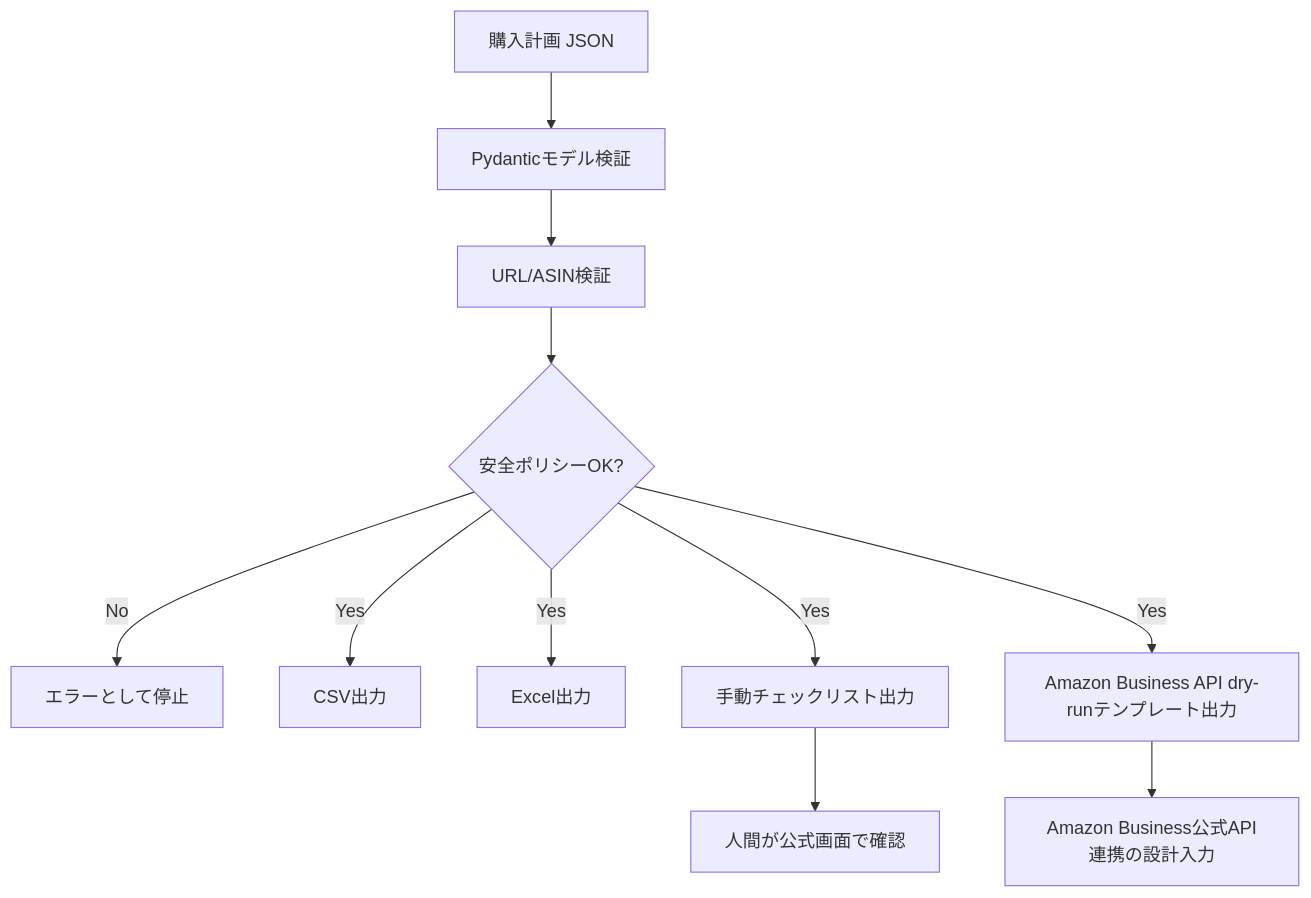
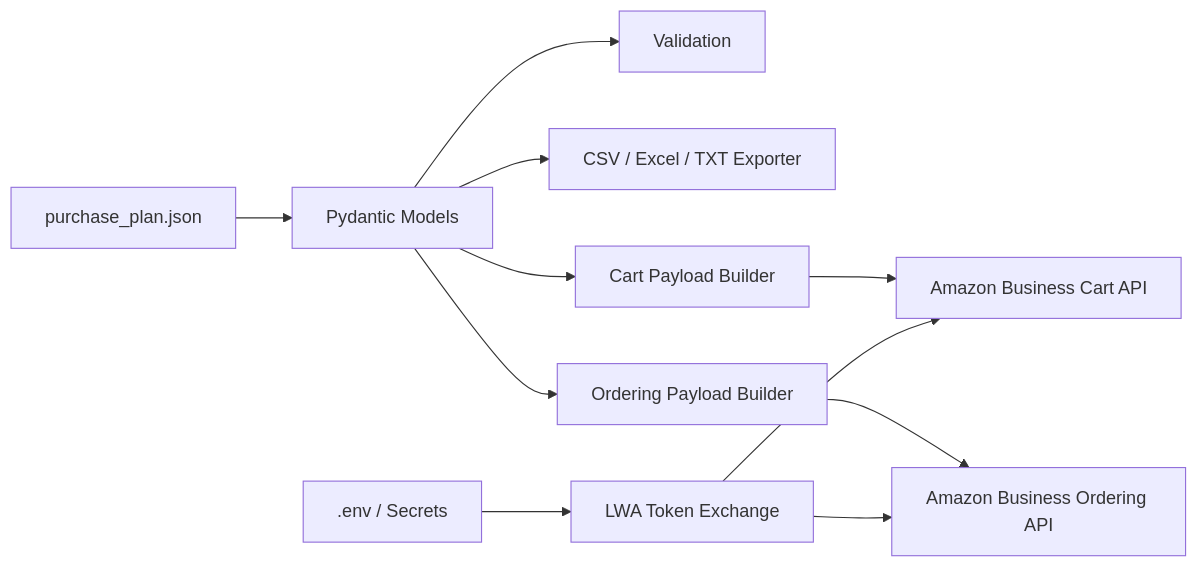
One commit to univcorp2-ctrl/amazon-purchase-prep-assistant changed the diagram in docs/architecture.md. Above: the diagram before and after it, drawn with Mermaid. The commit also changed other lines of this file, not shown here.

Commit message:
Add Amazon Business API integration and visual bilingual docs

````diff
--- a/docs/architecture.md
+++ b/docs/architecture.md
@@ -17,13 +15,13 @@
 ```mermaid
-flowchart TD
-    A[購入計画 JSON] --> B[Pydanticモデル検証]
-    B --> C[URL/ASIN検証]
-    C --> D{安全ポリシーOK?}
-    D -- No --> E[エラーとして停止]
-    D -- Yes --> F[CSV出力]
-    D -- Yes --> G[Excel出力]
-    D -- Yes --> H[手動チェックリスト出力]
-    D -- Yes --> I[Amazon Business API dry-runテンプレート出力]
-    H --> J[人間が公式画面で確認]
-    I --> K[Amazon Business公式API連携の設計入力]
+flowchart LR
+    A[purchase_plan.json] --> B[Pydantic Models]
+    B --> C[Validation]
+    B --> D[CSV / Excel / TXT Exporter]
+    B --> E[Cart Payload Builder]
+    B --> F[Ordering Payload Builder]
+    E --> G[Amazon Business Cart API]
+    F --> H[Amazon Business Ordering API]
+    I[.env / Secrets] --> J[LWA Token Exchange]
+    J --> G
+    J --> H
 ```
````
